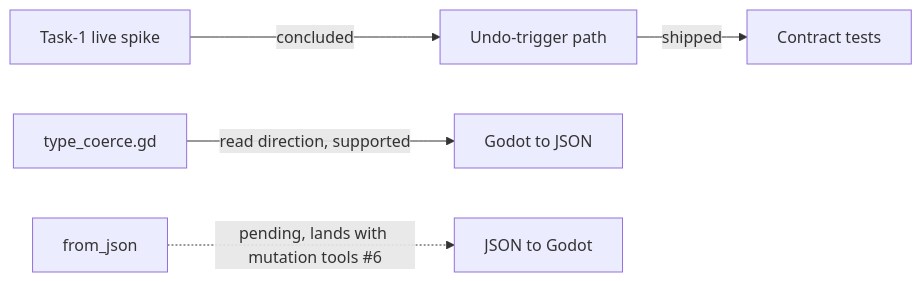
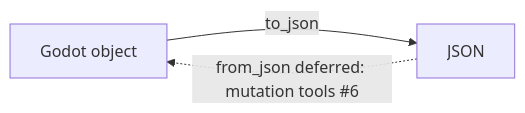
Before and after one commit to hybridindie/wiki-fabric: the diagram in wiki/topics/task-1-live-spike.md, drawn with Mermaid. The commit also changed other lines of this file and 43 other files, not shown here.

````diff
--- a/wiki/topics/task-1-live-spike.md
+++ b/wiki/topics/task-1-live-spike.md
@@ -26,7 +24,5 @@
 ```mermaid
 flowchart LR
-    A[Task-1 live spike] -->|concluded| B[Undo-trigger path]
-    B -->|shipped| C[Contract tests]
-    D[type_coerce.gd] -->|read direction, supported| E[Godot to JSON]
-    F[from_json] -.->|pending, lands with mutation tools #6| G[JSON to Godot]
+    G[Godot object] -->|to_json| J[JSON]
+    J -.->|from_json deferred: mutation tools #6| G
 ```
````
